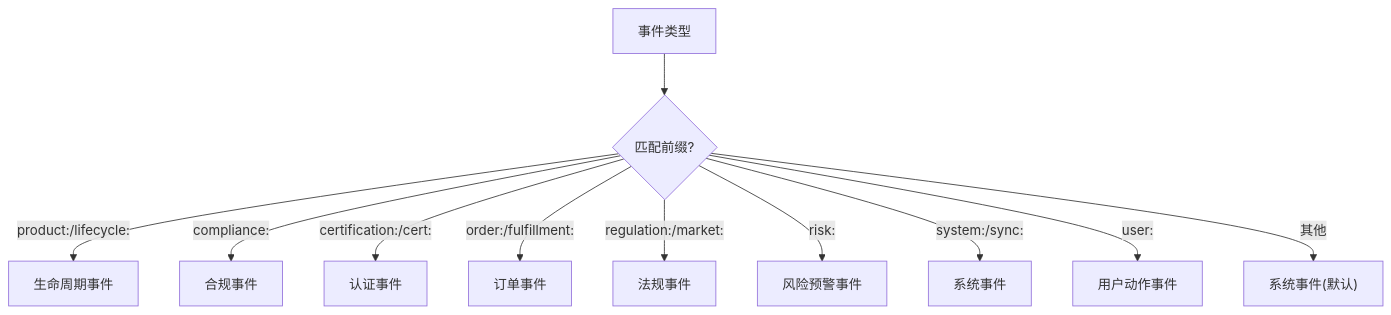
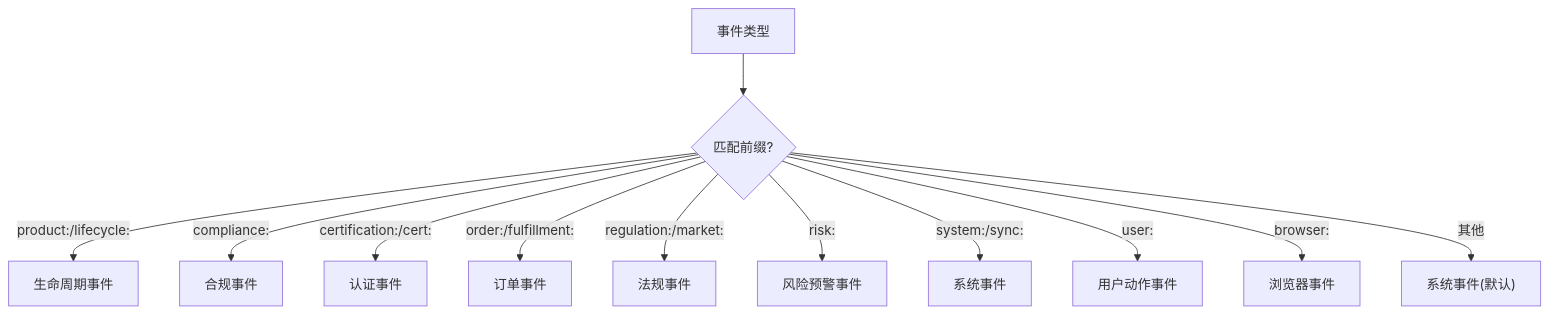
The seventh of 12 diagrams in .qoder/repowiki/zh/content/系统架构/事件驱动系统/事件总线核心.md (angledick/-), drawn with Mermaid before and after one commit. The commit also changed other lines of this file and 770 other files, not shown here.

````diff
--- a/.qoder/repowiki/zh/content/系统架构/事件驱动系统/事件总线核心.md
+++ b/.qoder/repowiki/zh/content/系统架构/事件驱动系统/事件总线核心.md
@@ -300,13 +358,14 @@
 ```mermaid
 flowchart TD
 Type["事件类型"] --> CheckPrefix{"匹配前缀?"}
 CheckPrefix --> |product:/lifecycle:| Lifecycle["生命周期事件"]
 CheckPrefix --> |compliance:| Compliance["合规事件"]
 CheckPrefix --> |certification:/cert:| Certification["认证事件"]
 CheckPrefix --> |order:/fulfillment:| Order["订单事件"]
 CheckPrefix --> |regulation:/market:| Regulation["法规事件"]
 CheckPrefix --> |risk:| Risk["风险预警事件"]
 CheckPrefix --> |system:/sync:| System["系统事件"]
 CheckPrefix --> |user:| User["用户动作事件"]
+CheckPrefix --> |browser:| Browser["浏览器事件"]
 CheckPrefix --> |其他| SystemDefault["系统事件(默认)"]
 ```
````
